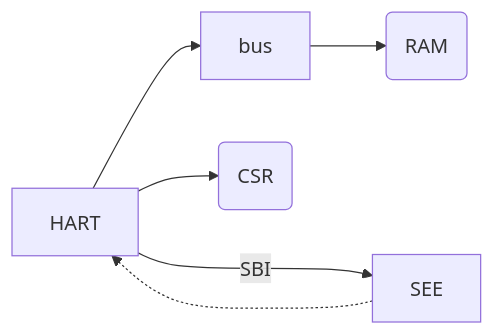
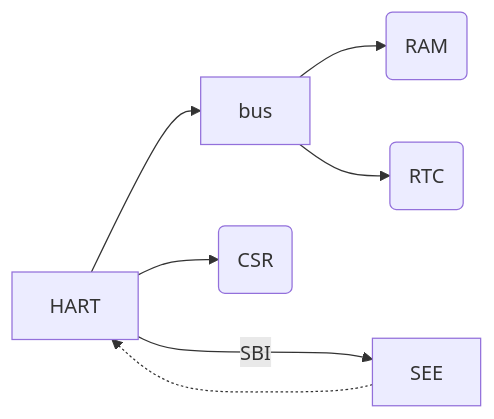
The diagram in README.md (BuJo/rrustv), drawn with Mermaid before and after one commit. The commit also changed other lines of this file and 5 other files, not shown here.

````diff
--- a/README.md
+++ b/README.md
@@ -5,8 +5,9 @@
 ```mermaid
 flowchart LR
     hart[HART] --> bus[bus]
     bus --> ram(RAM)
+    bus --> rtc(RTC)
     hart --> csr(CSR)
     hart -->|SBI| see[SEE]
     see -..-> hart
 ```
````
